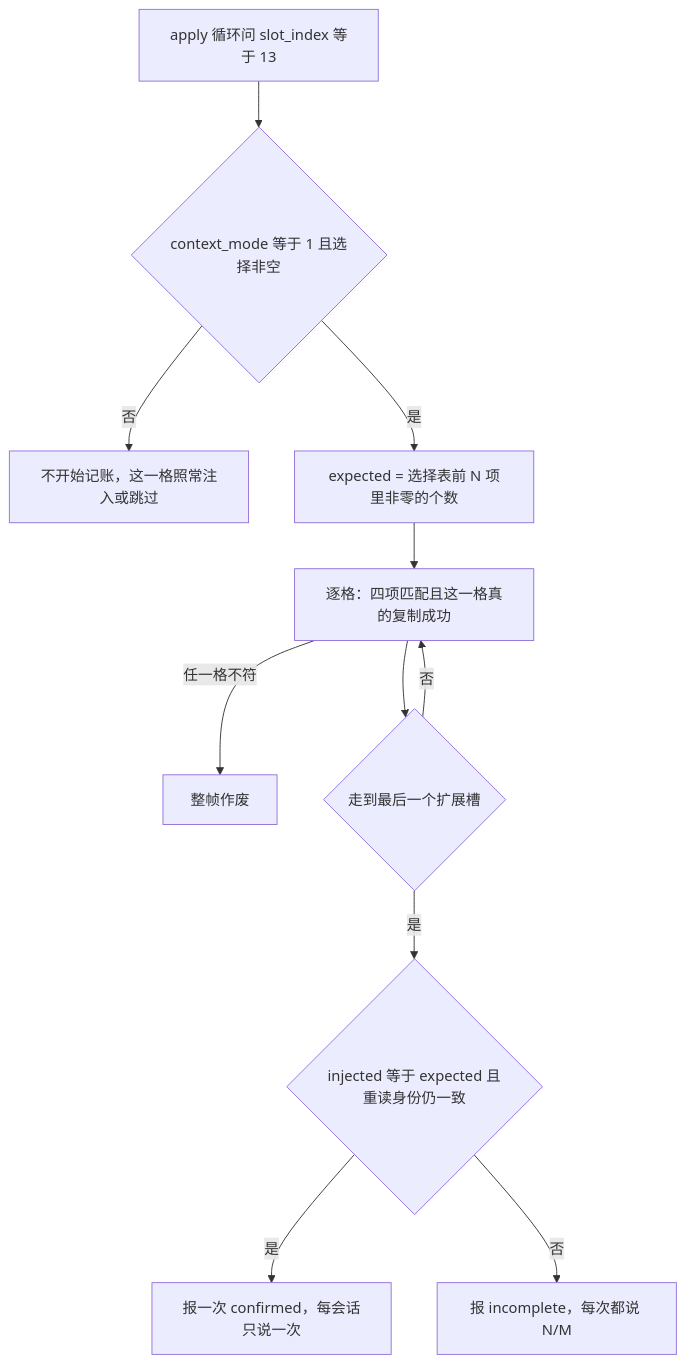
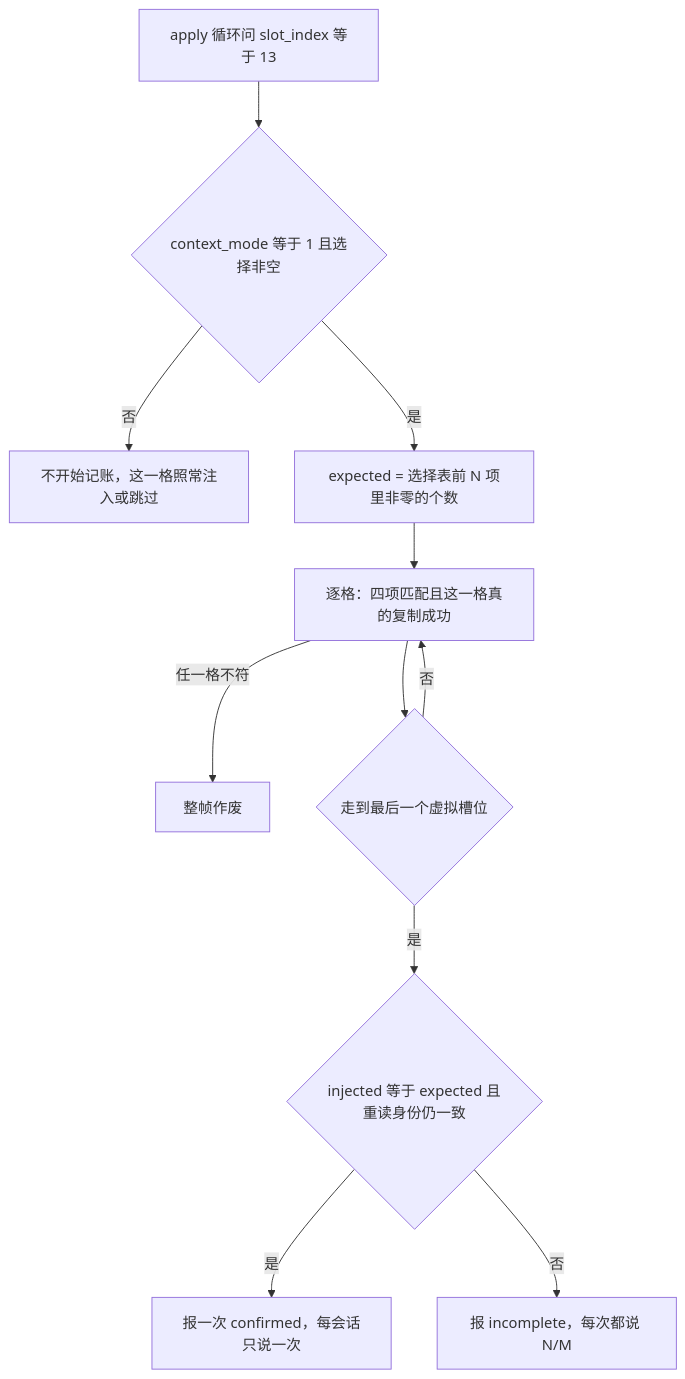
Before and after one commit to baagod/GBFR-Sigil-Loadout: the third of 5 diagrams in openwiki/workflows/skill-injection-runtime.md, drawn with Mermaid. The commit also changed other lines of this file and 47 other files, not shown here.

````diff
--- a/openwiki/workflows/skill-injection-runtime.md
+++ b/openwiki/workflows/skill-injection-runtime.md
@@ -159,13 +218,13 @@
 ```mermaid
 flowchart TD
     A["apply 循环问 slot_index 等于 13"] --> B{"context_mode 等于 1 且选择非空"}
     B -- "否" --> X["不开始记账，这一格照常注入或跳过"]
     B -- "是" --> C["expected = 选择表前 N 项里非零的个数"]
     C --> D["逐格：四项匹配且这一格真的复制成功"]
     D -- "任一格不符" --> E["整帧作废"]
-    D --> F{"走到最后一个扩展槽"}
+    D --> F{"走到最后一个虚拟槽位"}
     F -- "否" --> D
     F -- "是" --> G{"injected 等于 expected 且重读身份仍一致"}
     G -- "是" --> H["报一次 confirmed，每会话只说一次"]
     G -- "否" --> I["报 incomplete，每次都说 N/M"]
 ```
````
